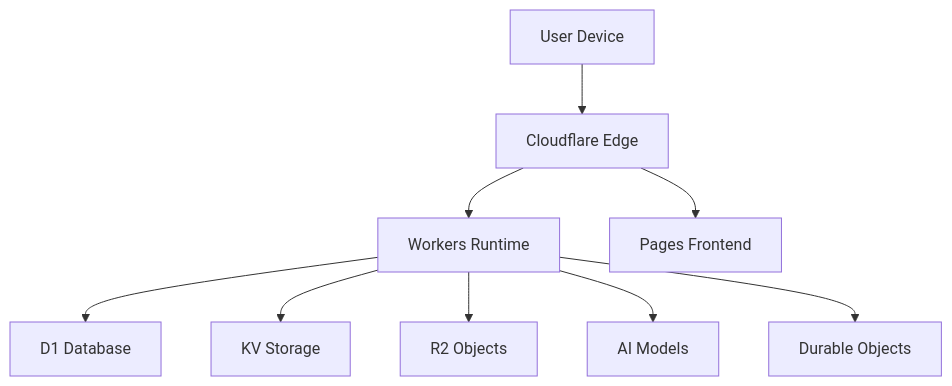
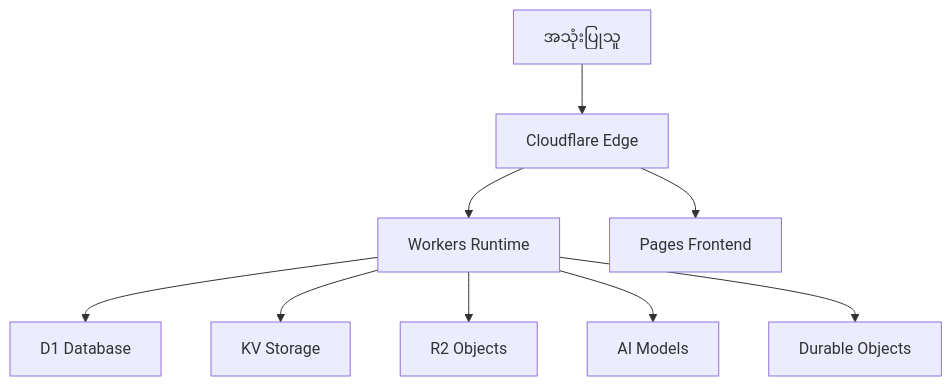
The diagram in README.md (thihakyaw-leo/mmnext-retail-pos-system), drawn with Mermaid before and after one commit. The commit also changed other lines of this file, not shown here.

````diff
--- a/README.md
+++ b/README.md
@@ -85,11 +82,11 @@
 ```mermaid
 graph TB
-    A[User Device] --> B[Cloudflare Edge]
+    A[အသုံးပြုသူ] --> B[Cloudflare Edge]
     B --> C[Workers Runtime]
     B --> D[Pages Frontend]
     C --> E[D1 Database]
     C --> F[KV Storage]
     C --> G[R2 Objects]
     C --> H[AI Models]
     C --> I[Durable Objects]
 ```
````
